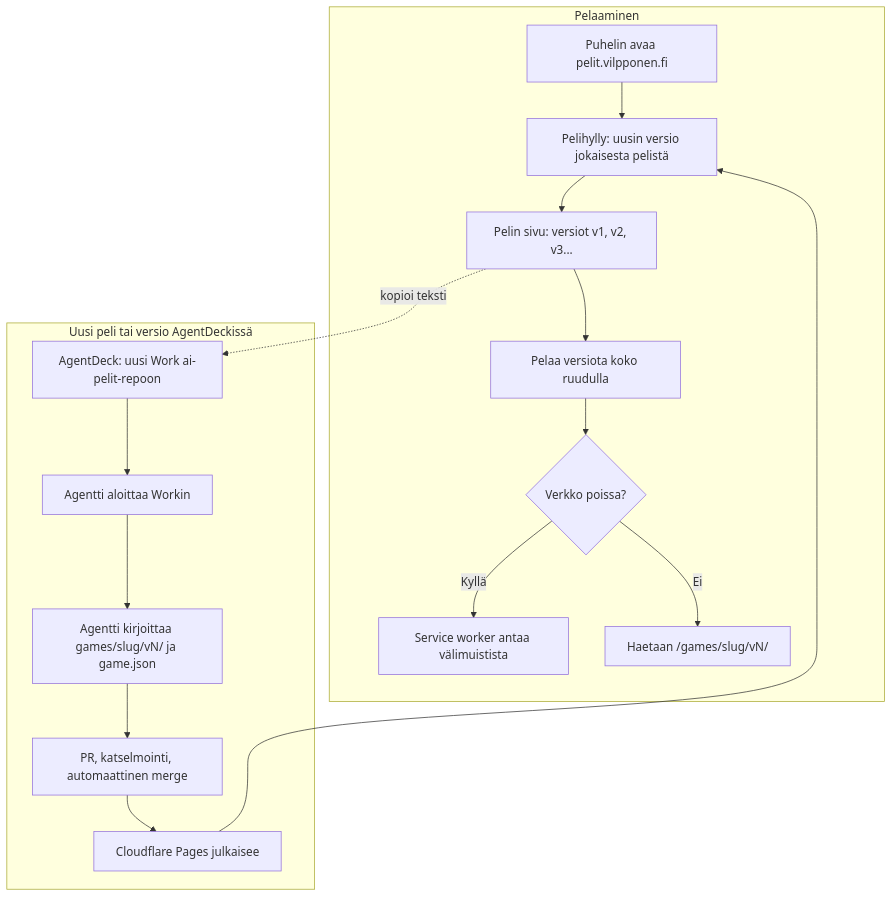
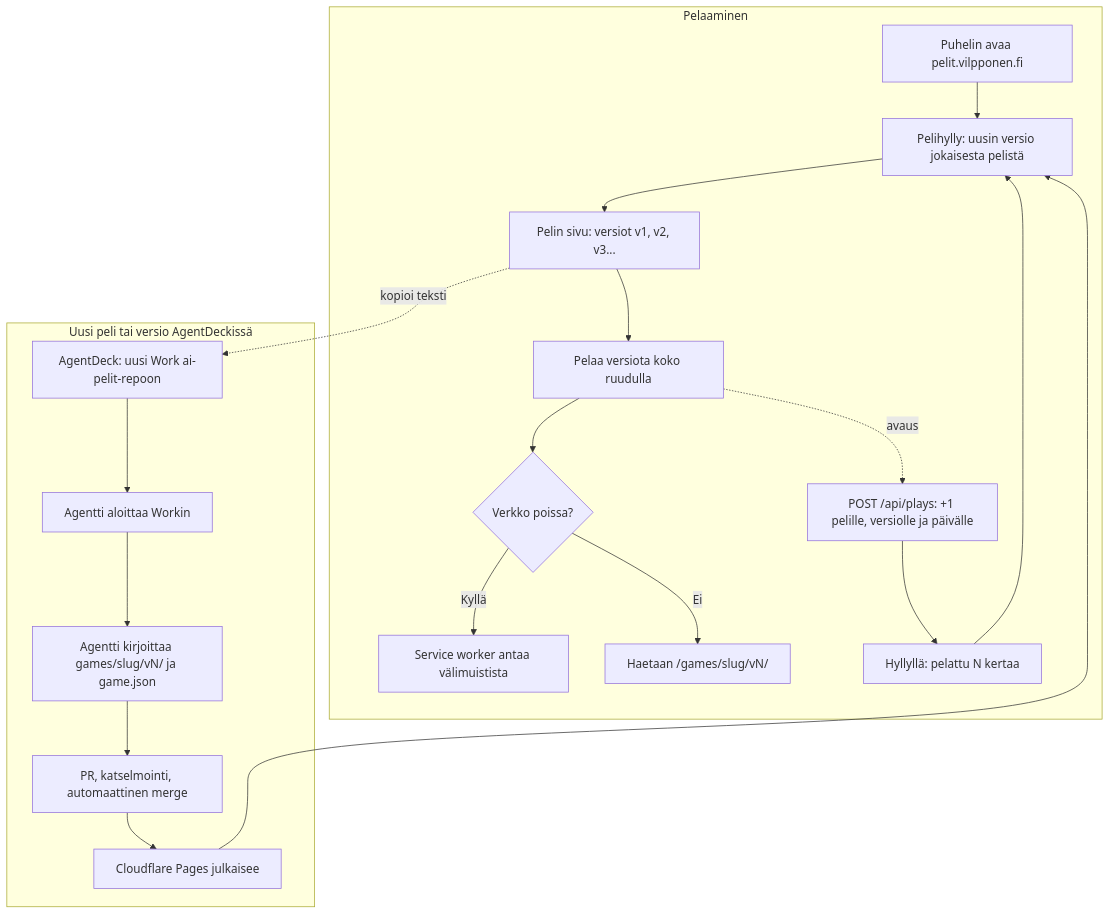
One commit to eerovil/ai-pelit changed the diagram in docs/diagrams/ai-pelit.md. Above: the diagram before and after it, drawn with Mermaid. The commit also changed other lines of this file and 9 other files, not shown here.

````diff
--- a/docs/diagrams/ai-pelit.md
+++ b/docs/diagrams/ai-pelit.md
@@ -8,25 +8,28 @@
 ```mermaid
 flowchart TD
   subgraph Pelaaminen
     A[Puhelin avaa pelit.vilpponen.fi] --> B[Pelihylly: uusin versio jokaisesta pelistä]
     B --> C[Pelin sivu: versiot v1, v2, v3...]
     C --> D[Pelaa versiota koko ruudulla]
     D --> E{Verkko poissa?}
     E -- Kyllä --> F[Service worker antaa välimuistista]
     E -- Ei --> G[Haetaan /games/slug/vN/]
+    D -. avaus .-> P[POST /api/plays: +1 pelille, versiolle ja päivälle]
+    P --> Q[Hyllyllä: pelattu N kertaa]
+    Q --> B
   end
   subgraph Uusi peli tai versio AgentDeckissä
     C -. kopioi teksti .-> H[AgentDeck: uusi Work ai-pelit-repoon]
     H --> L[Agentti aloittaa Workin]
     L --> M[Agentti kirjoittaa games/slug/vN/ ja game.json]
     M --> N[PR, katselmointi, automaattinen merge]
     N --> O[Cloudflare Pages julkaisee]
     O --> B
   end
-  class A,B,C,D blue
+  class A,B,C,D,Q blue
   class E amber
-  class F,G teal
+  class F,G,P teal
   class H violet
   class L,M,N rose
   class O green
 ```
````
